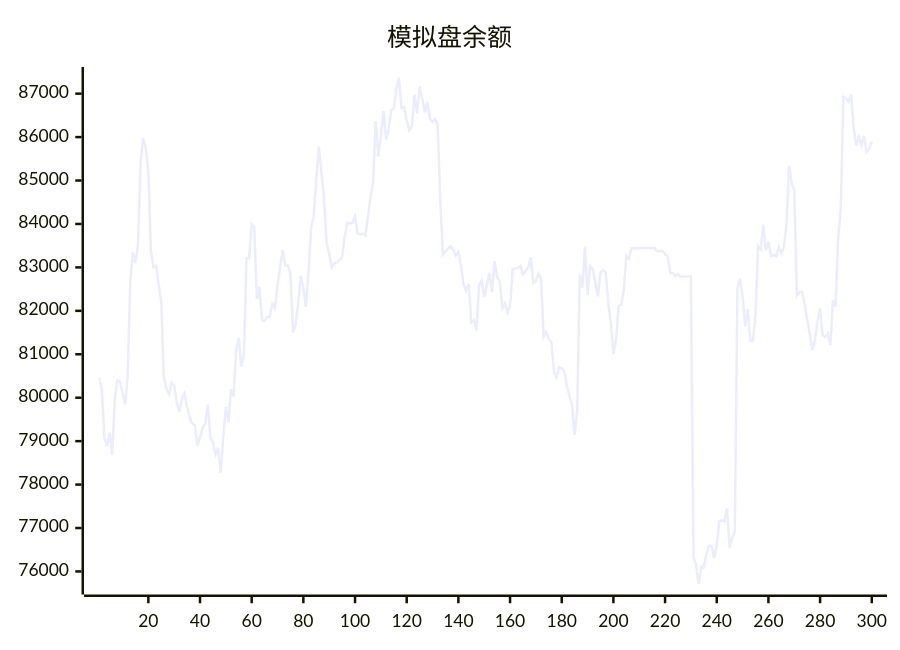
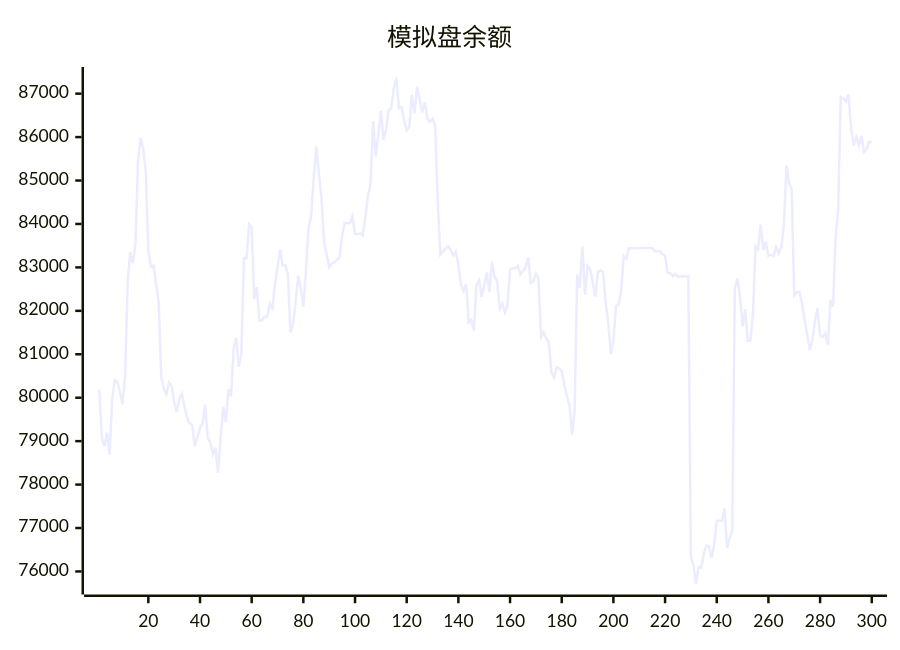
Before and after one commit to aahl/ai-trading: the diagram in README.md, drawn with Mermaid. The commit also changed other lines of this file and 1 other file, not shown here.

````diff
--- a/README.md
+++ b/README.md
@@ -5,5 +5,5 @@
 ```mermaid
 xychart
     title "模拟盘余额"
-    line [80455,80190,79084,78879,79193,78686,79954,80403,80374,80118,79848,80491,82665,83351,83098,83525,85430,85983,85737,85221,83378,83014,83043,82613,82216,80477,80208,80081,80348,80277,79894,79670,79965,80093,79786,79542,79406,79371,78893,79087,79304,79406,79841,79072,78978,78696,78846,78272,79085,79787,79442,80198,80031,81120,81379,80718,80985,83214,83212,83993,83921,82270,82547,81776,81776,81866,81866,82158,82061,82596,83000,83408,83041,83050,82858,81503,81691,82188,82812,82517,82092,82901,83898,84180,85030,85781,85178,84604,83569,83298,83008,83093,83107,83175,83228,83729,84025,84017,84019,84177,83775,83762,83785,83738,84160,84639,84939,86370,85548,86046,86599,85942,86161,86622,86664,87115,87369,86666,86685,86384,86152,86243,86969,86548,87164,86885,86566,86809,86427,86348,86417,86273,84538,83299,83369,83430,83490,83404,83270,83362,83056,82605,82459,82614,81734,81788,81551,82598,82702,82320,82580,82878,82426,83139,82778,82686,82056,82166,81963,82110,82951,82983,82984,83038,82838,82915,82998,83235,82642,82682,82858,82746,81396,81512,81362,81277,80600,80461,80699,80673,80616,80288,80038,79836,79142,79722,82837,82533,83480,82366,83032,82960,82654,82330,82883,82934,82901,82188,81728,81005,81298,82110,82135,82449,83264,83203,83440,83439,83440,83440,83446,83447,83448,83447,83448,83449,83369,83369,83369,83313,83256,82872,82873,82801,82844,82785,82791,82791,82793,82794,76339,76145,75714,76110,76096,76397,76594,76585,76310,76607,77160,77170,77160,77456,76541,76774,76927,82520,82744,82337,81639,82040,81307,81314,81887,83490,83414,83984,83396,83594,83261,83287,83253,83470,83327,83465,83987,85348,84930,84786,82355,82433,82438,82167,81795,81466,81105,81315,81756,82064,81426,81398,81481,81210,82242,82099,83658,84359,86925,86892,86814,86980,86203,85802,86003,85811,86028,85657,85721,85896]
+    line [80190,79084,78879,79193,78686,79954,80403,80374,80118,79848,80491,82665,83351,83098,83525,85430,85983,85737,85221,83378,83014,83043,82613,82216,80477,80208,80081,80348,80277,79894,79670,79965,80093,79786,79542,79406,79371,78893,79087,79304,79406,79841,79072,78978,78696,78846,78272,79085,79787,79442,80198,80031,81120,81379,80718,80985,83214,83212,83993,83921,82270,82547,81776,81776,81866,81866,82158,82061,82596,83000,83408,83041,83050,82858,81503,81691,82188,82812,82517,82092,82901,83898,84180,85030,85781,85178,84604,83569,83298,83008,83093,83107,83175,83228,83729,84025,84017,84019,84177,83775,83762,83785,83738,84160,84639,84939,86370,85548,86046,86599,85942,86161,86622,86664,87115,87369,86666,86685,86384,86152,86243,86969,86548,87164,86885,86566,86809,86427,86348,86417,86273,84538,83299,83369,83430,83490,83404,83270,83362,83056,82605,82459,82614,81734,81788,81551,82598,82702,82320,82580,82878,82426,83139,82778,82686,82056,82166,81963,82110,82951,82983,82984,83038,82838,82915,82998,83235,82642,82682,82858,82746,81396,81512,81362,81277,80600,80461,80699,80673,80616,80288,80038,79836,79142,79722,82837,82533,83480,82366,83032,82960,82654,82330,82883,82934,82901,82188,81728,81005,81298,82110,82135,82449,83264,83203,83440,83439,83440,83440,83446,83447,83448,83447,83448,83449,83369,83369,83369,83313,83256,82872,82873,82801,82844,82785,82791,82791,82793,82794,76339,76145,75714,76110,76096,76397,76594,76585,76310,76607,77160,77170,77160,77456,76541,76774,76927,82520,82744,82337,81639,82040,81307,81314,81887,83490,83414,83984,83396,83594,83261,83287,83253,83470,83327,83465,83987,85348,84930,84786,82355,82433,82438,82167,81795,81466,81105,81315,81756,82064,81426,81398,81481,81210,82242,82099,83658,84359,86925,86892,86814,86980,86203,85802,86003,85811,86028,85657,85721,85896,85880]
 ```
````
